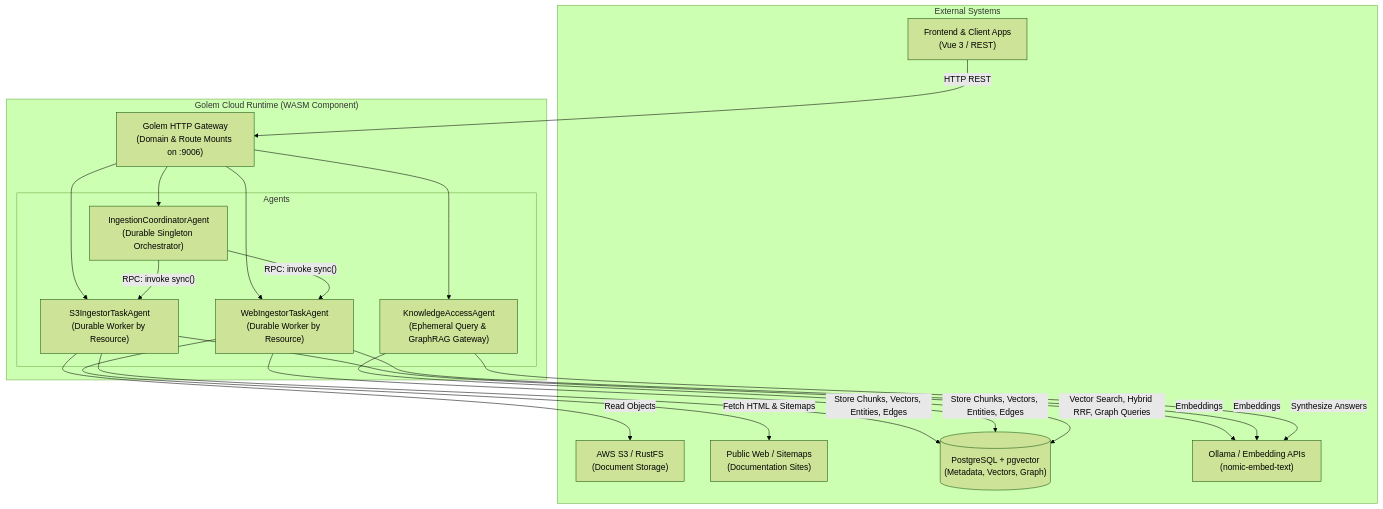
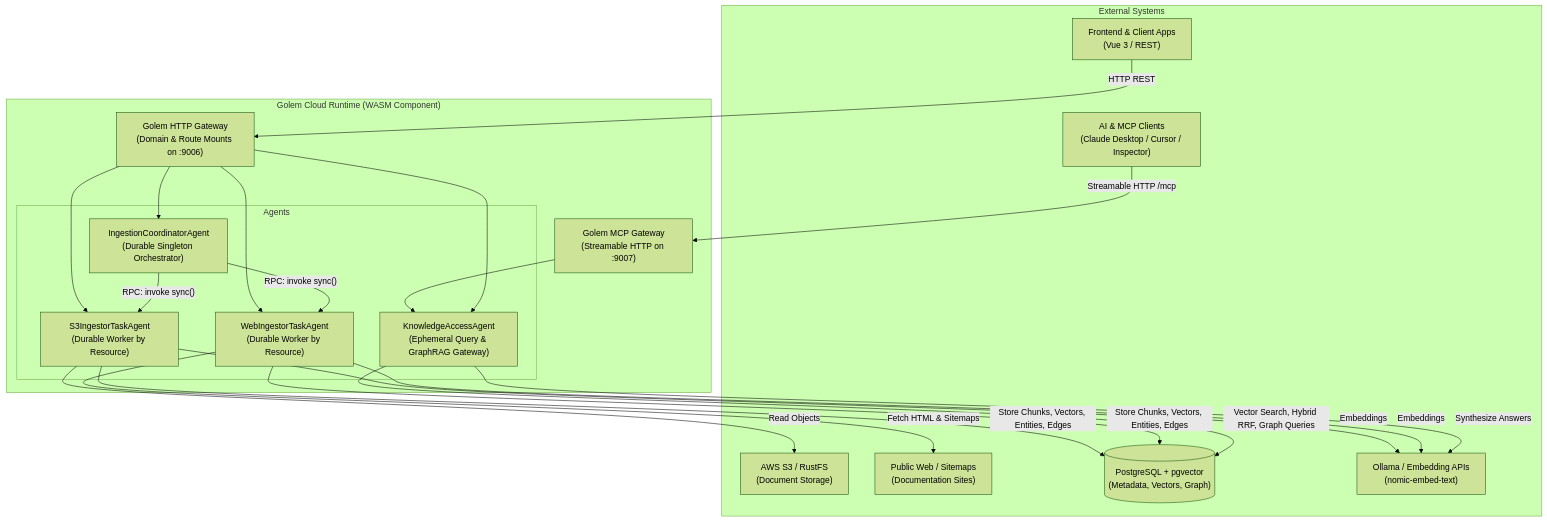
Before and after one commit to justcoon/golem-kgs-effect: the first of 2 diagrams in README.md, drawn with Mermaid (forest theme). The commit also changed other lines of this file and 5 other files, not shown here.

````diff
--- a/README.md
+++ b/README.md
@@ -9,40 +9,44 @@
 ```mermaid
 flowchart TD
     subgraph External["External Systems"]
         S3["AWS S3 / RustFS<br/>(Document Storage)"]
         Web["Public Web / Sitemaps<br/>(Documentation Sites)"]
         PG[("PostgreSQL + pgvector<br/>(Metadata, Vectors, Graph)")]
         LLM["Ollama / Embedding APIs<br/>(nomic-embed-text)"]
         Client["Frontend & Client Apps<br/>(Vue 3 / REST)"]
+        MCPClient["AI & MCP Clients<br/>(Claude Desktop / Cursor / Inspector)"]
     end
 
     subgraph Golem["Golem Cloud Runtime (WASM Component)"]
         GW["Golem HTTP Gateway<br/>(Domain & Route Mounts on :9006)"]
+        MCPGW["Golem MCP Gateway<br/>(Streamable HTTP on :9007)"]
 
         subgraph Agents["Agents"]
             Coord["IngestionCoordinatorAgent<br/>(Durable Singleton Orchestrator)"]
             S3Worker["S3IngestorTaskAgent<br/>(Durable Worker by Resource)"]
             WebWorker["WebIngestorTaskAgent<br/>(Durable Worker by Resource)"]
             Access["KnowledgeAccessAgent<br/>(Ephemeral Query & GraphRAG Gateway)"]
         end
     end
 
     Client -->|HTTP REST| GW
+    MCPClient -->|Streamable HTTP /mcp| MCPGW
+    MCPGW --> Access
     GW --> Access
     GW --> Coord
     GW --> S3Worker
     GW --> WebWorker
 
     Coord -->|"RPC: invoke sync()"| S3Worker
     Coord -->|"RPC: invoke sync()"| WebWorker
     S3Worker -->|"Read Objects"| S3
     S3Worker -->|"Embeddings"| LLM
     S3Worker -->|"Store Chunks, Vectors, Entities, Edges"| PG
 
     WebWorker -->|"Fetch HTML & Sitemaps"| Web
     WebWorker -->|"Embeddings"| LLM
     WebWorker -->|"Store Chunks, Vectors, Entities, Edges"| PG
 
     Access -->|"Vector Search, Hybrid RRF, Graph Queries"| PG
     Access -->|"Synthesize Answers"| LLM
 ```
````
